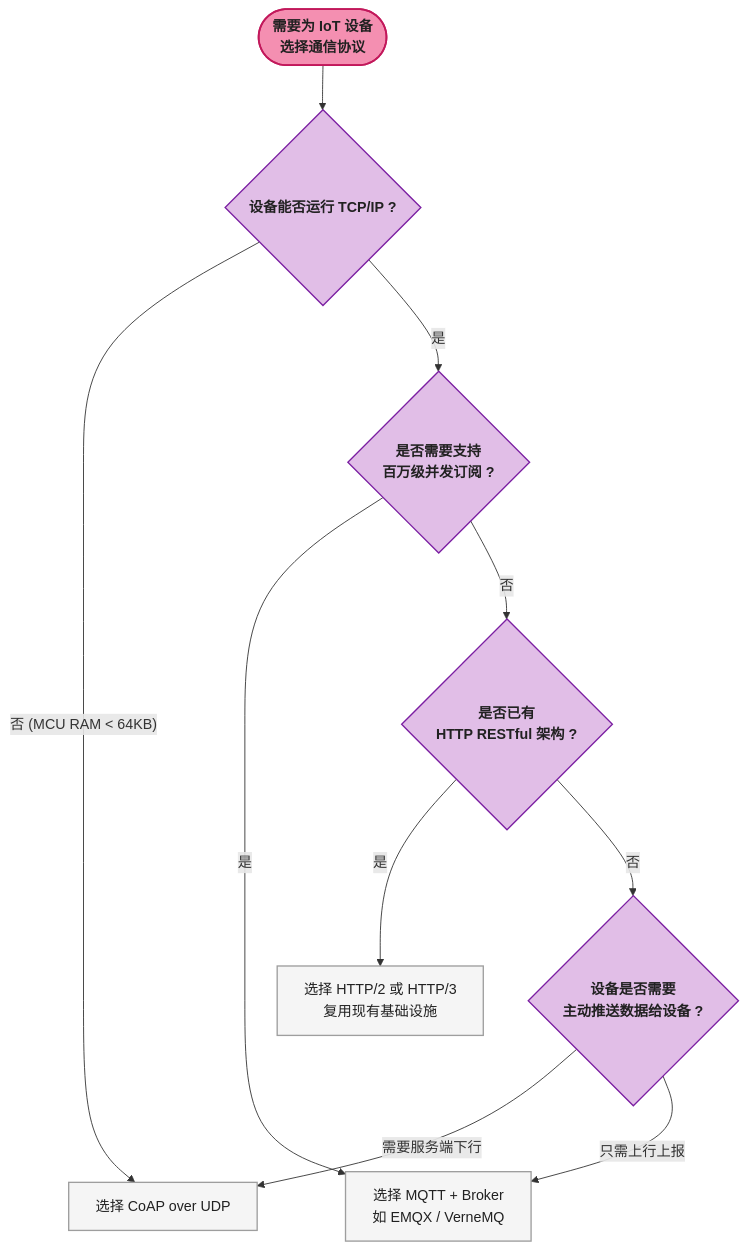
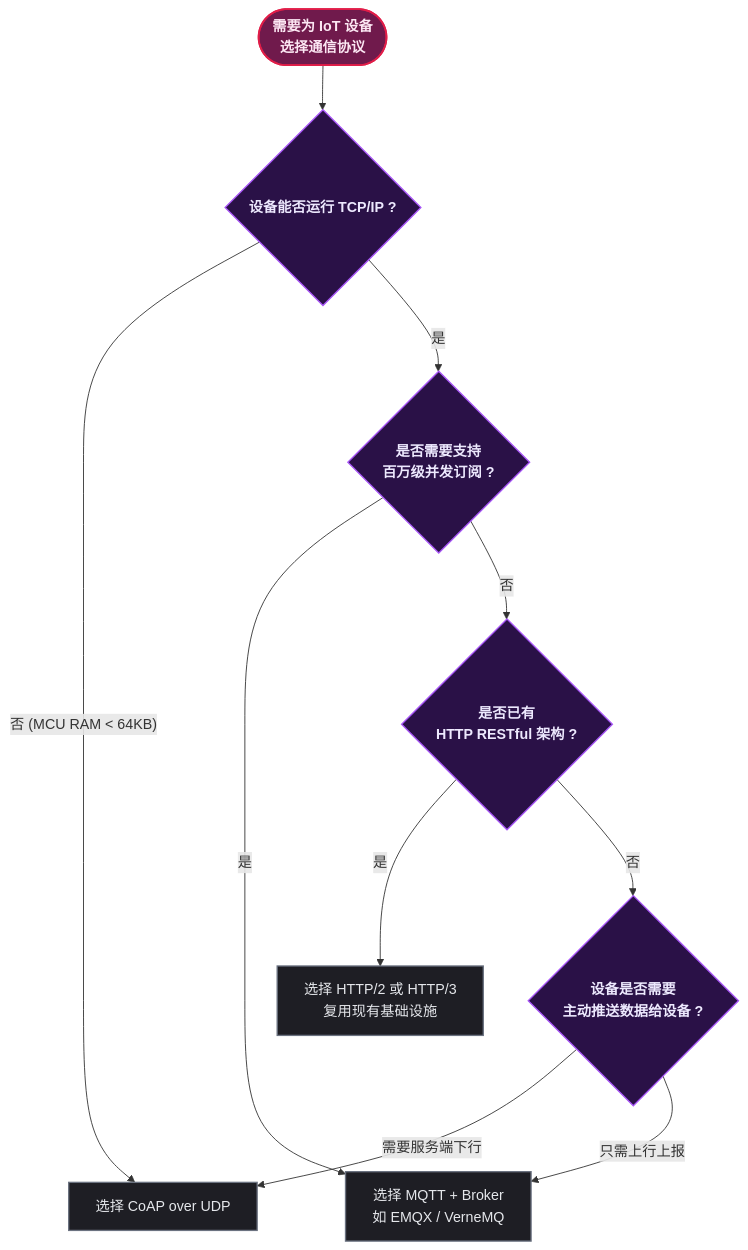
Before and after one commit to yaocat55/yaocat55.github.io: the seventh of 10 diagrams in content/posts/iot/CoapProtocol.md, drawn with Mermaid. The commit also changed other lines of this file and 155 other files, not shown here.

````diff
--- a/content/posts/iot/CoapProtocol.md
+++ b/content/posts/iot/CoapProtocol.md
@@ -393,24 +393,24 @@
 ```mermaid
 flowchart TD
-    classDef startEnd fill:#F48FB1,stroke:#C2185B,stroke-width:2px,color:#212121,font-weight:bold;
-    classDef condition fill:#E1BEE7,stroke:#7B1FA2,stroke-width:1.5px,color:#212121,font-weight:bold;
-    classDef process fill:#F5F5F5,stroke:#9E9E9E,stroke-width:1.5px,color:#212121;
+classDef startEnd fill:#701a4c,stroke:#e11d48,stroke-width:2px,color:#fce7f3,font-weight:bold;
+classDef condition fill:#2a1147,stroke:#a855f7,stroke-width:1.5px,color:#ede9fe,font-weight:bold;
+classDef process fill:#1e1e24,stroke:#6b7280,stroke-width:1.5px,color:#e5e7eb;
 
     START([需要为 IoT 设备\n选择通信协议]) --> C1{"设备能否运行 TCP/IP ?"}
 
     C1 -- 否 (MCU RAM < 64KB) --> COAP[选择 CoAP over UDP]
     C1 -- 是 --> C2{"是否需要支持\n百万级并发订阅 ?"}
 
     C2 -- 是 --> MQTT[选择 MQTT + Broker\n如 EMQX / VerneMQ]
     C2 -- 否 --> C3{"是否已有\nHTTP RESTful 架构 ?"}
 
     C3 -- 是 --> HTTP[选择 HTTP/2 或 HTTP/3\n复用现有基础设施]
     C3 -- 否 --> C4{"设备是否需要\n主动推送数据给设备 ?"}
 
     C4 -- 需要服务端下行 --> COAP
     C4 -- 只需上行上报 --> MQTT
 
     class START startEnd;
     class C1,C2,C3,C4 condition;
     class COAP,MQTT,HTTP process;
 ```
````
